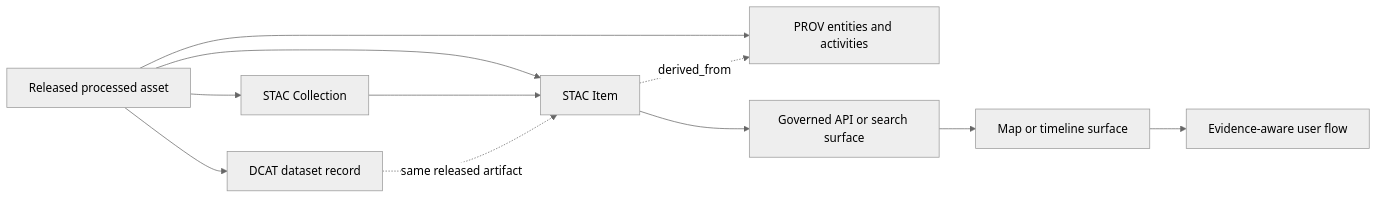
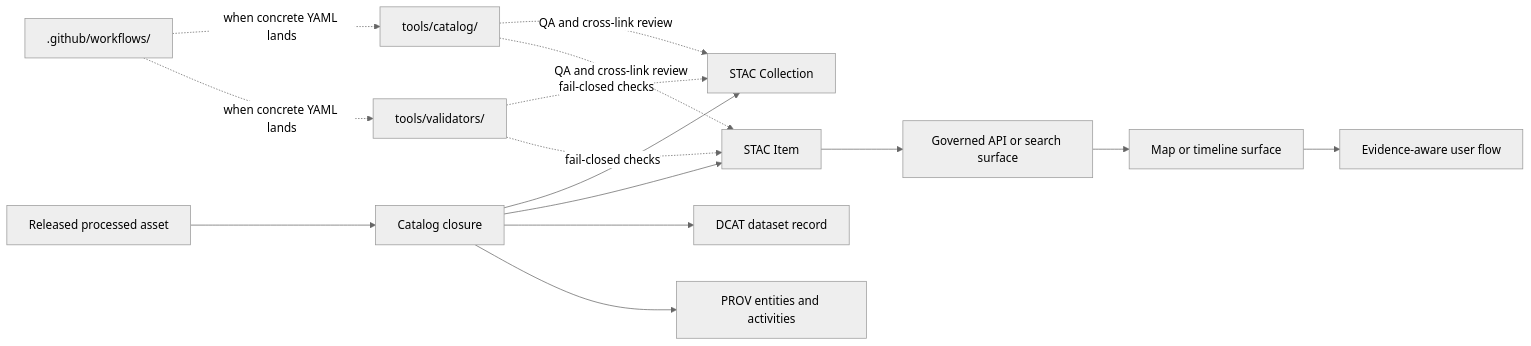
Before and after one commit to bartytime4life/Kansas-Frontier-Matrix: the diagram in data/catalog/stac/README.md, drawn with Mermaid (neutral theme). The commit also changed other lines of this file, not shown here.

````diff
--- a/data/catalog/stac/README.md
+++ b/data/catalog/stac/README.md
@@ -340,15 +387,19 @@
 ```mermaid
 flowchart LR
-    A[Released processed asset] --> B[STAC Collection]
-    A --> C[STAC Item]
-    A --> D[DCAT dataset record]
-    A --> E[PROV entities and activities]
+    A[Released processed asset] --> B[Catalog closure]
+    B --> C[STAC Collection]
+    B --> D[STAC Item]
+    B --> E[DCAT dataset record]
+    B --> F[PROV entities and activities]
 
-    B --> C
-    C -. derived_from .-> E
-    D -. same released artifact .-> C
+    G[tools/catalog/] -. QA and cross-link review .-> C
+    G -. QA and cross-link review .-> D
+    H[tools/validators/] -. fail-closed checks .-> C
+    H -. fail-closed checks .-> D
+    I[.github/workflows/] -. when concrete YAML lands .-> G
+    I -. when concrete YAML lands .-> H
 
-    C --> F[Governed API or search surface]
-    F --> G[Map or timeline surface]
-    G --> H[Evidence-aware user flow]
+    D --> J[Governed API or search surface]
+    J --> K[Map or timeline surface]
+    K --> L[Evidence-aware user flow]
 ```
````
